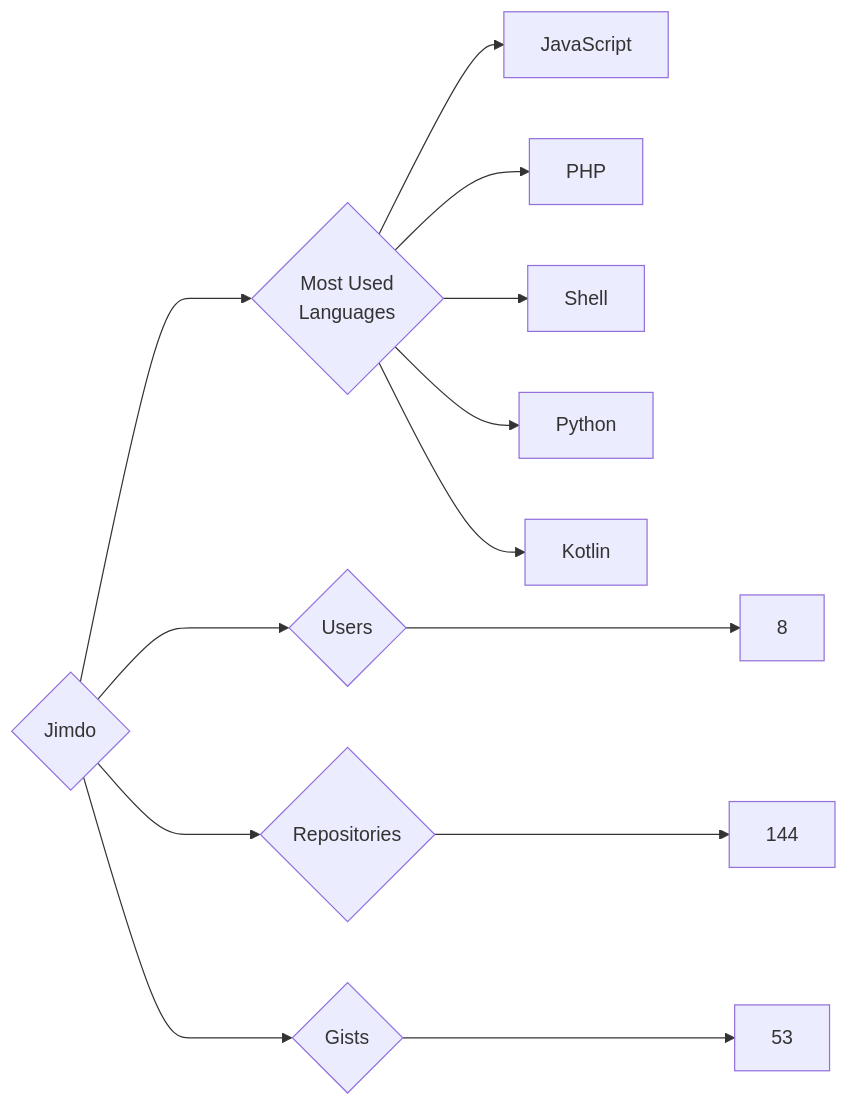
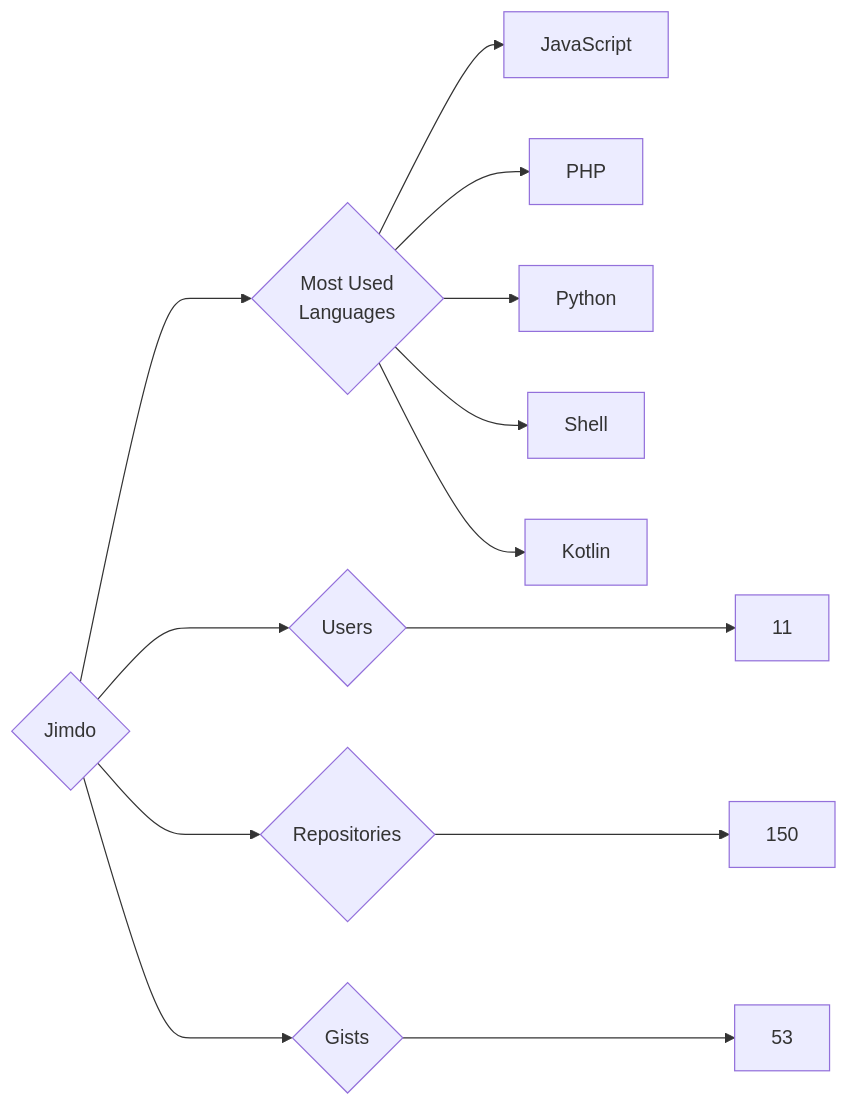
Before and after one commit to trickest/insiders: the diagram in targets/Jimdo/README.md, drawn with Mermaid. The commit also changed 1248 other files, not shown here.

````diff
--- a/targets/Jimdo/README.md
+++ b/targets/Jimdo/README.md
@@ -3,13 +3,13 @@
 ```mermaid
 graph LR
 COMPANY_NAME{Jimdo}
-COMPANY_NAME ---> U{Users} ---> UN[8]
-COMPANY_NAME ---> R{Repositories} ---> RN[144]
+COMPANY_NAME ---> U{Users} ---> UN[11]
+COMPANY_NAME ---> R{Repositories} ---> RN[150]
 COMPANY_NAME ---> G{Gists} ---> GN[53]
 COMPANY_NAME ---> ML{Most Used<br>Languages}
 ML --> JavaScript[JavaScript]
 ML --> PHP[PHP]
+ML --> Python[Python]
 ML --> Shell[Shell]
-ML --> Python[Python]
 ML --> Kotlin[Kotlin]
 ```
````
